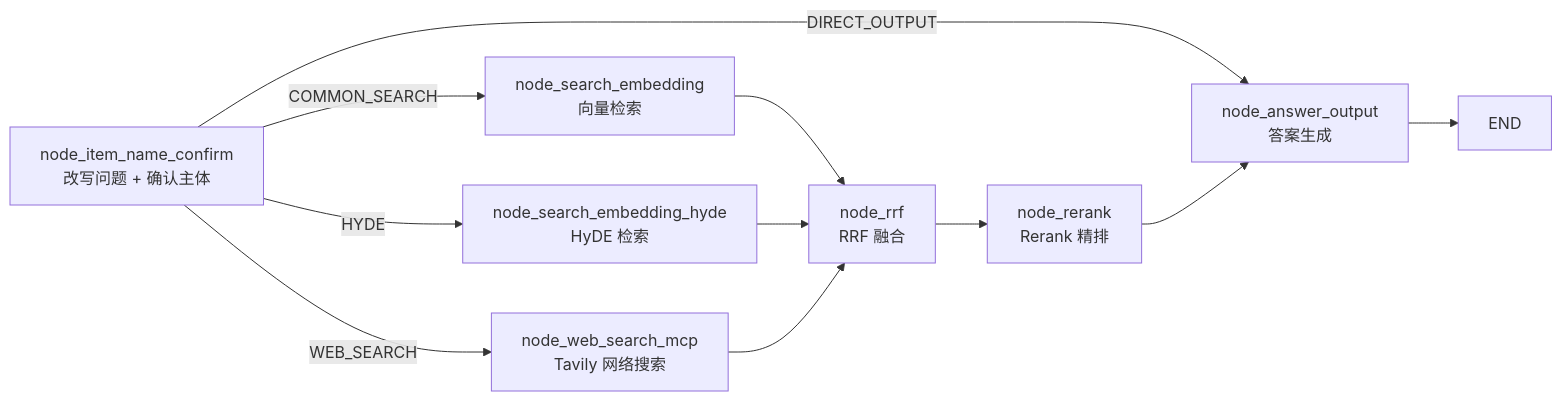
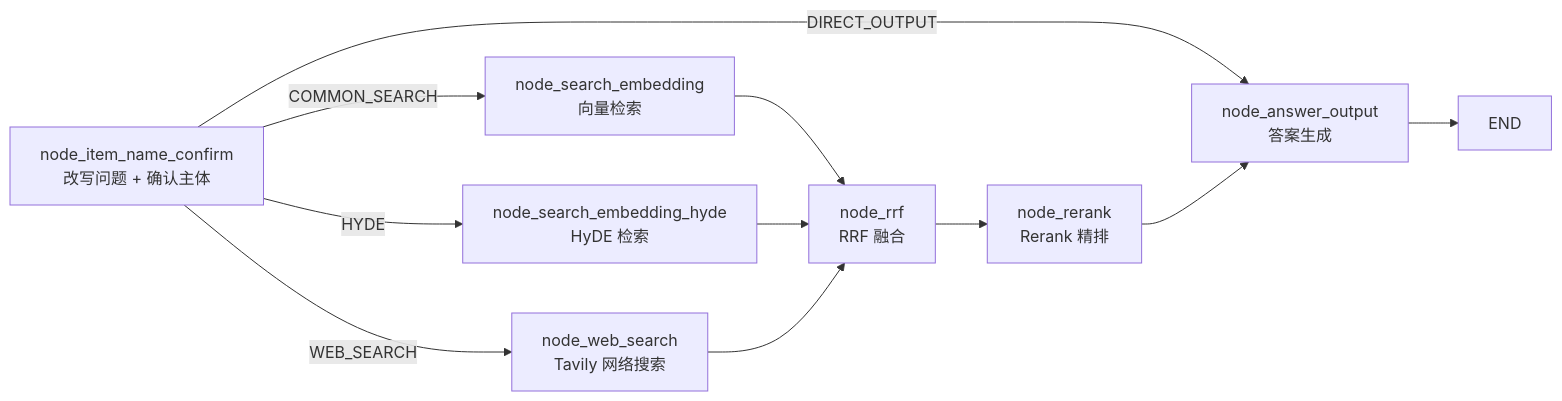
Before and after one commit to szh1007/charlotte_savanna: the second of 2 diagrams in project/rag_knowledge/README.md, drawn with Mermaid. The commit also changed other lines of this file and 41 other files, not shown here.

````diff
--- a/project/rag_knowledge/README.md
+++ b/project/rag_knowledge/README.md
@@ -154,13 +154,13 @@
 ```mermaid
 graph LR
     A[node_item_name_confirm<br/>改写问题 + 确认主体] -->|DIRECT_OUTPUT| G[node_answer_output]
     A -->|COMMON_SEARCH| B[node_search_embedding<br/>向量检索]
     A -->|HYDE| C[node_search_embedding_hyde<br/>HyDE 检索]
-    A -->|WEB_SEARCH| D[node_web_search_mcp<br/>Tavily 网络搜索]
+    A -->|WEB_SEARCH| D[node_web_search<br/>Tavily 网络搜索]
     B --> E[node_rrf<br/>RRF 融合]
     C --> E
     D --> E
     E --> F[node_rerank<br/>Rerank 精排]
     F --> G[node_answer_output<br/>答案生成]
     G --> X[END]
 ```
````
